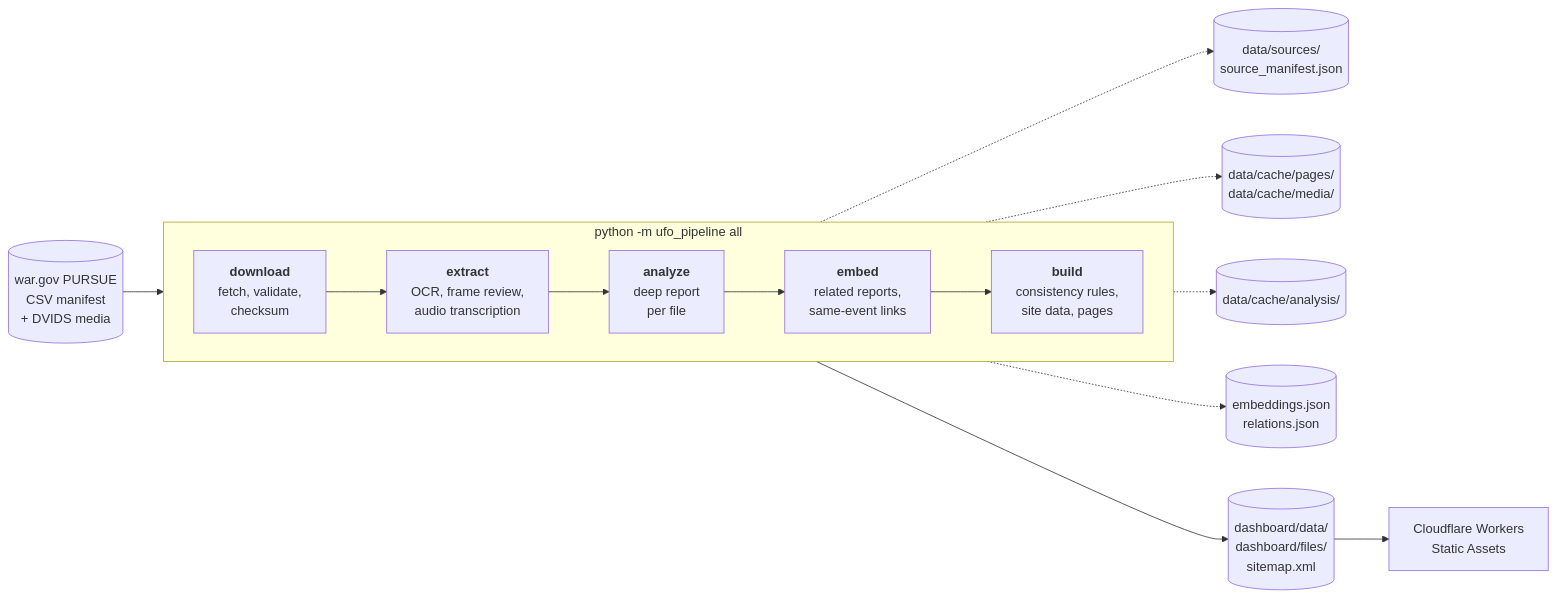
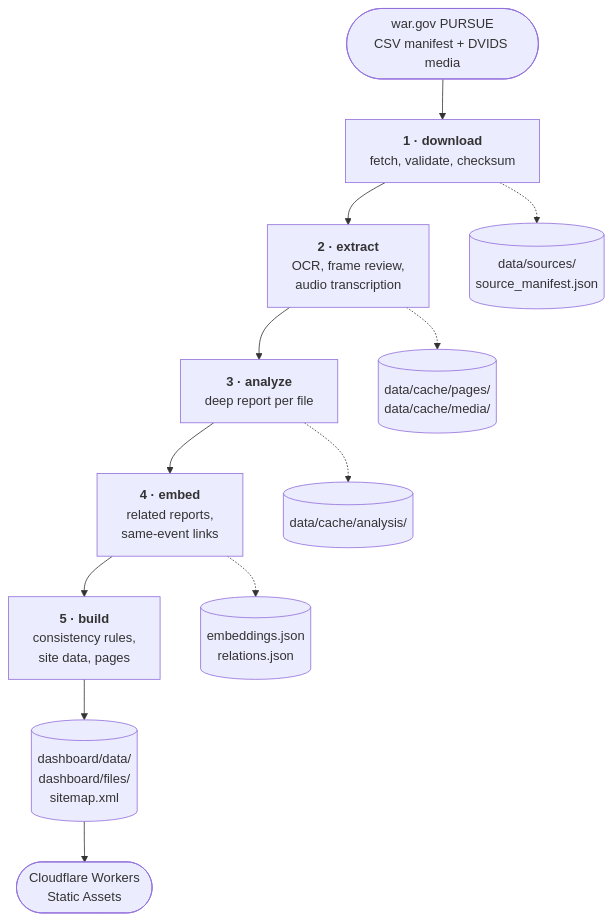
One commit to robertrittmuller/ufo-analysis changed the first of 8 diagrams in README.md. Above: the diagram before and after it, drawn with Mermaid. The commit also changed other lines of this file, not shown here.

Commit message:
Rework README pipeline diagrams as vertical flows

````diff
--- a/README.md
+++ b/README.md
@@ -55,22 +55,18 @@
 ```mermaid
-flowchart LR
-    src[("war.gov PURSUE<br/>CSV manifest<br/>+ DVIDS media")]
+flowchart TD
+    src(["war.gov PURSUE<br/>CSV manifest + DVIDS media"])
+    dl["<b>1 · download</b><br/>fetch, validate, checksum"]
+    ex["<b>2 · extract</b><br/>OCR, frame review,<br/>audio transcription"]
+    an["<b>3 · analyze</b><br/>deep report per file"]
+    em["<b>4 · embed</b><br/>related reports,<br/>same-event links"]
+    bd["<b>5 · build</b><br/>consistency rules,<br/>site data, pages"]
+    cf(["Cloudflare Workers<br/>Static Assets"])
 
-    subgraph pipeline["python -m ufo_pipeline all"]
-        direction LR
-        dl["<b>download</b><br/>fetch, validate,<br/>checksum"]
-        ex["<b>extract</b><br/>OCR, frame review,<br/>audio transcription"]
-        an["<b>analyze</b><br/>deep report<br/>per file"]
-        em["<b>embed</b><br/>related reports,<br/>same-event links"]
-        bd["<b>build</b><br/>consistency rules,<br/>site data, pages"]
-        dl --> ex --> an --> em --> bd
-    end
+    src --> dl --> ex --> an --> em --> bd --> site --> cf
 
-    src --> dl
     dl -.-> c1[("data/sources/<br/>source_manifest.json")]
     ex -.-> c2[("data/cache/pages/<br/>data/cache/media/")]
     an -.-> c3[("data/cache/analysis/")]
     em -.-> c4[("embeddings.json<br/>relations.json")]
-    bd --> site[("dashboard/data/<br/>dashboard/files/<br/>sitemap.xml")]
-    site --> cf["Cloudflare Workers<br/>Static Assets"]
+    site[("dashboard/data/<br/>dashboard/files/<br/>sitemap.xml")]
 ```
````
